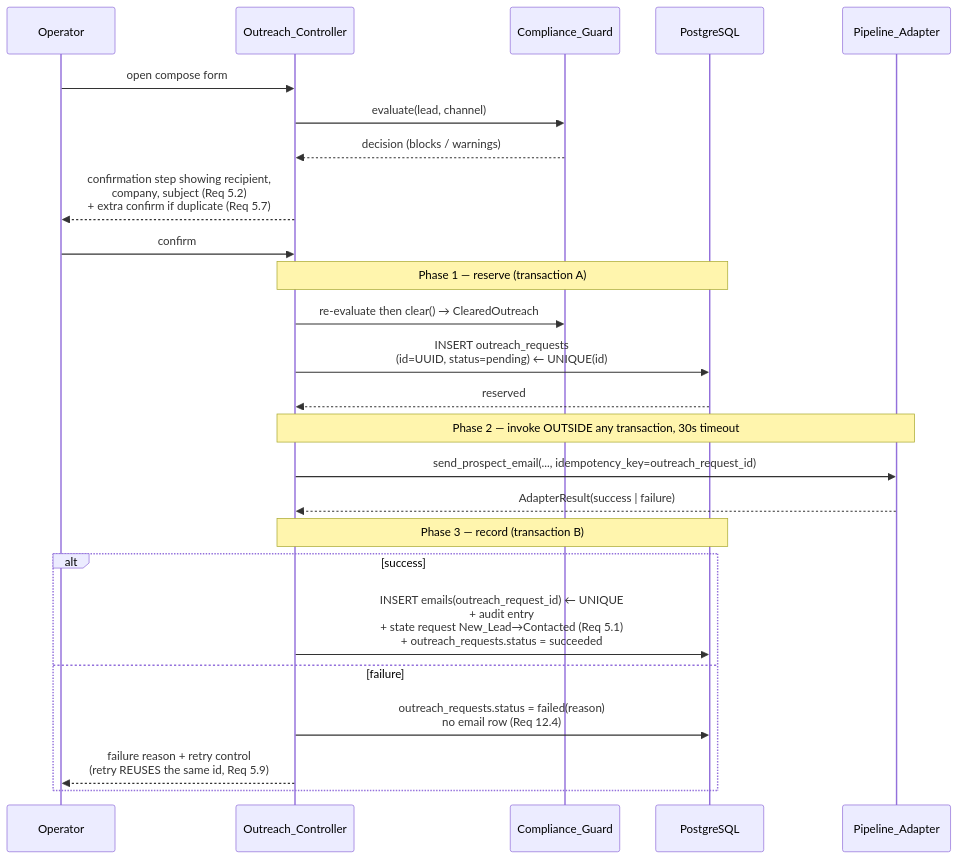
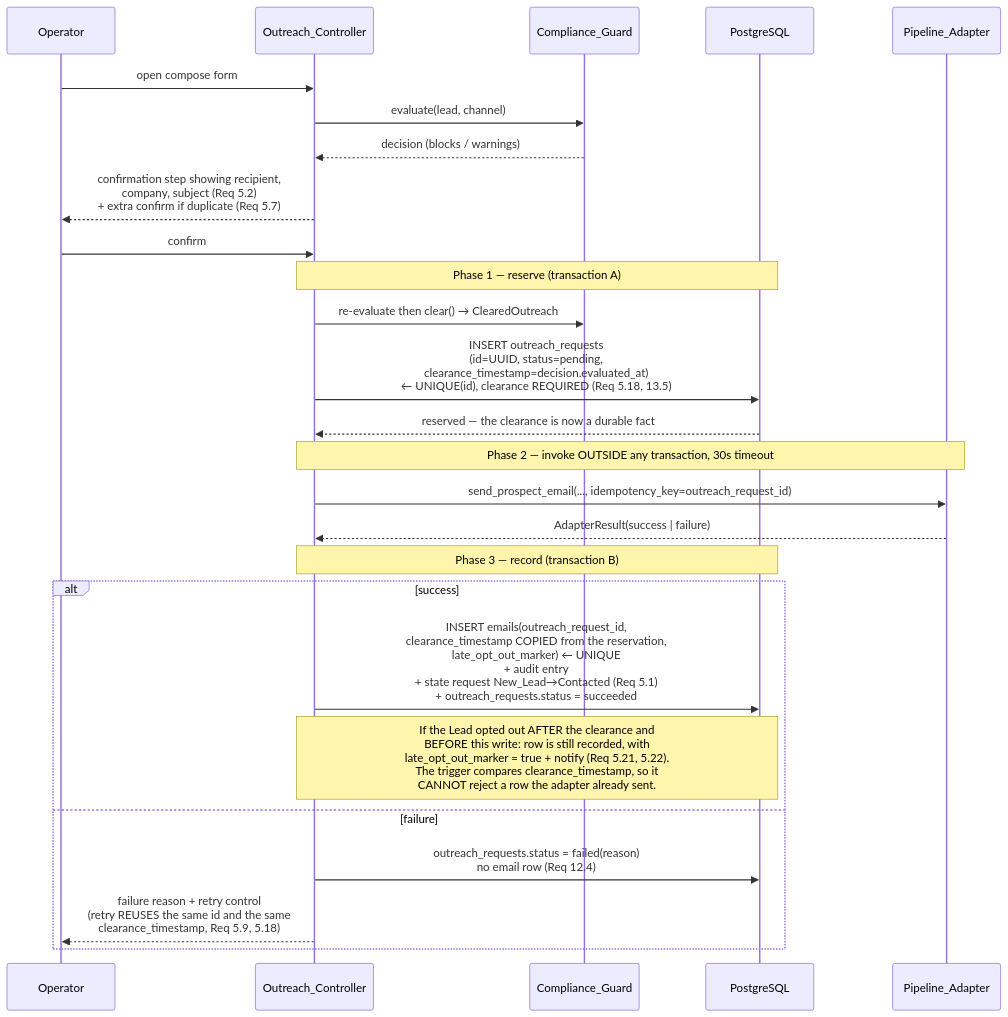
One commit to lafaillejeremiah7-droid/b2b-bot changed the third of 5 diagrams in .kiro/specs/deal-room-dashboard/design.md. Above: the diagram before and after it, drawn with Mermaid. The commit also changed other lines of this file, not shown here.

````diff
--- a/.kiro/specs/deal-room-dashboard/design.md
+++ b/.kiro/specs/deal-room-dashboard/design.md
@@ -688,31 +743,32 @@
 ```mermaid
 sequenceDiagram
     participant OP as Operator
     participant OC as Outreach_Controller
     participant CG as Compliance_Guard
     participant DB as PostgreSQL
     participant AD as Pipeline_Adapter
 
     OP->>OC: open compose form
     OC->>CG: evaluate(lead, channel)
     CG-->>OC: decision (blocks / warnings)
     OC-->>OP: confirmation step showing recipient,<br/>company, subject (Req 5.2)<br/>+ extra confirm if duplicate (Req 5.7)
     OP->>OC: confirm
 
     Note over OC,DB: Phase 1 — reserve (transaction A)
     OC->>CG: re-evaluate then clear() → ClearedOutreach
-    OC->>DB: INSERT outreach_requests<br/>(id=UUID, status=pending)  ← UNIQUE(id)
-    DB-->>OC: reserved
+    OC->>DB: INSERT outreach_requests<br/>(id=UUID, status=pending,<br/>clearance_timestamp=decision.evaluated_at)<br/>← UNIQUE(id), clearance REQUIRED (Req 5.18, 13.5)
+    DB-->>OC: reserved — the clearance is now a durable fact
 
     Note over OC,AD: Phase 2 — invoke OUTSIDE any transaction, 30s timeout
     OC->>AD: send_prospect_email(..., idempotency_key=outreach_request_id)
     AD-->>OC: AdapterResult(success | failure)
 
     Note over OC,DB: Phase 3 — record (transaction B)
     alt success
-        OC->>DB: INSERT emails(outreach_request_id) ← UNIQUE<br/>+ audit entry<br/>+ state request New_Lead→Contacted (Req 5.1)<br/>+ outreach_requests.status = succeeded
+        OC->>DB: INSERT emails(outreach_request_id,<br/>clearance_timestamp COPIED from the reservation,<br/>late_opt_out_marker) ← UNIQUE<br/>+ audit entry<br/>+ state request New_Lead→Contacted (Req 5.1)<br/>+ outreach_requests.status = succeeded
+        Note over OC,DB: If the Lead opted out AFTER the clearance and<br/>BEFORE this write: row is still recorded, with<br/>late_opt_out_marker = true + notify (Req 5.21, 5.22).<br/>The trigger compares clearance_timestamp, so it<br/>CANNOT reject a row the adapter already sent.
     else failure
         OC->>DB: outreach_requests.status = failed(reason)<br/>no email row (Req 12.4)
-        OC-->>OP: failure reason + retry control<br/>(retry REUSES the same id, Req 5.9)
+        OC-->>OP: failure reason + retry control<br/>(retry REUSES the same id and the same<br/>clearance_timestamp, Req 5.9, 5.18)
     end
 ```
````
